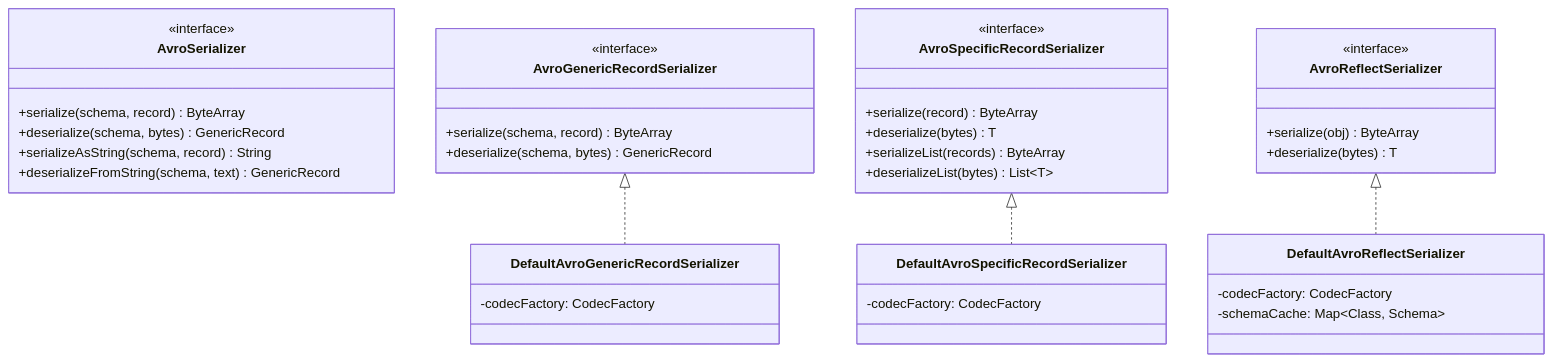
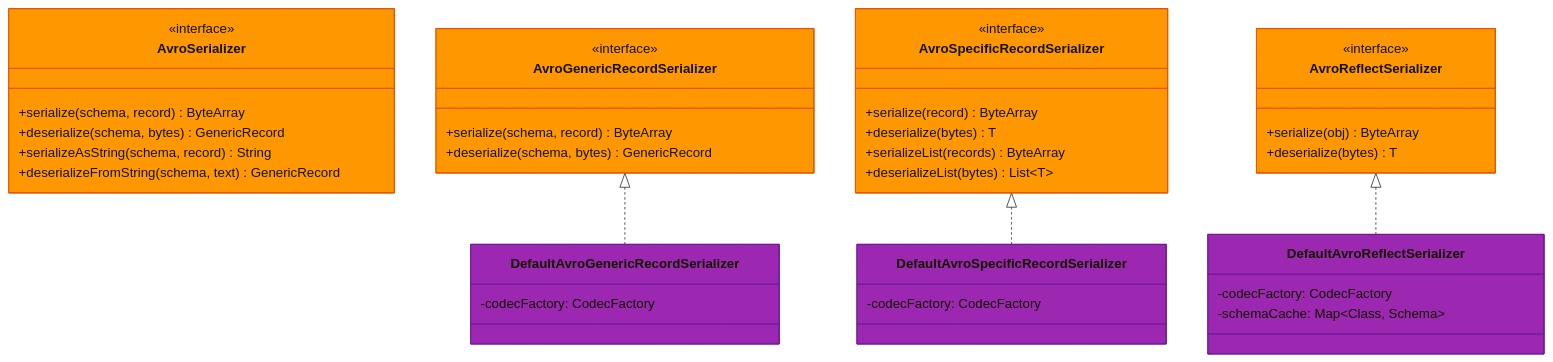
Before and after one commit to bluetape4k/bluetape4k-projects: the first of 3 diagrams in io/avro/README.md, drawn with Mermaid. The commit also changed 74 other files, not shown here.

First line of the commit message:
docs: bluetape4k/core/coroutines/logging, io/feign~vertx README 색상 Mermaid UML 추가

````diff
--- a/io/avro/README.md
+++ b/io/avro/README.md
@@ -122,47 +122,50 @@
 ```mermaid
 classDiagram
-    class AvroSerializer {
+    class AvroSerializer:::codecStyle {
         <<interface>>
         +serialize(schema, record) ByteArray
         +deserialize(schema, bytes) GenericRecord
         +serializeAsString(schema, record) String
         +deserializeFromString(schema, text) GenericRecord
     }
 
-    class AvroGenericRecordSerializer {
+    class AvroGenericRecordSerializer:::codecStyle {
         <<interface>>
         +serialize(schema, record) ByteArray
         +deserialize(schema, bytes) GenericRecord
     }
 
-    class AvroSpecificRecordSerializer {
+    class AvroSpecificRecordSerializer:::codecStyle {
         <<interface>>
         +serialize(record) ByteArray
         +deserialize(bytes) T
         +serializeList(records) ByteArray
         +deserializeList(bytes) List~T~
     }
 
-    class AvroReflectSerializer {
+    class AvroReflectSerializer:::codecStyle {
         <<interface>>
         +serialize(obj) ByteArray
         +deserialize(bytes) T
     }
 
-    class DefaultAvroGenericRecordSerializer {
+    class DefaultAvroGenericRecordSerializer:::protoStyle {
         -codecFactory: CodecFactory
     }
 
-    class DefaultAvroSpecificRecordSerializer {
+    class DefaultAvroSpecificRecordSerializer:::protoStyle {
         -codecFactory: CodecFactory
     }
 
-    class DefaultAvroReflectSerializer {
+    class DefaultAvroReflectSerializer:::protoStyle {
         -codecFactory: CodecFactory
         -schemaCache: Map~Class, Schema~
     }
 
     AvroGenericRecordSerializer <|.. DefaultAvroGenericRecordSerializer
     AvroSpecificRecordSerializer <|.. DefaultAvroSpecificRecordSerializer
     AvroReflectSerializer <|.. DefaultAvroReflectSerializer
+
+    classDef codecStyle  fill:#FF9800,stroke:#E65100
+    classDef protoStyle  fill:#9C27B0,stroke:#6A1B9A
 ```
````
